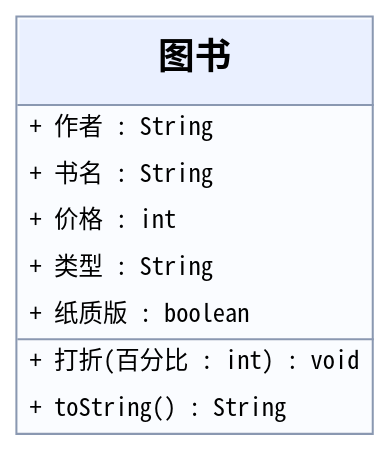
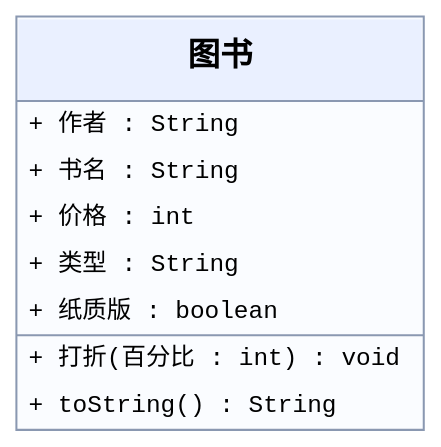
One commit to edetroll/java-oop changed the diagram in content/chapters/02-osztalyok/media/konyv-zh.dot. Above: the diagram before and after it, drawn with Graphviz. The commit also changed 38 other files, not shown here.

```diff
--- a/content/chapters/02-osztalyok/media/konyv-zh.dot
+++ b/content/chapters/02-osztalyok/media/konyv-zh.dot
@@ -1,1 +1,1 @@
-digraph G { graph [bgcolor="transparent",margin=0,pad=0.03]; node [shape=plain]; cl [label=<<TABLE BORDER="1" CELLBORDER="0" CELLSPACING="0" CELLPADDING="3" COLOR="#8a98b1" BGCOLOR="#fafcff"><TR><TD BGCOLOR="#eaf0ff" CELLPADDING="11"><FONT FACE="Noto Sans CJK SC" POINT-SIZE="18"><B>图书</B></FONT></TD></TR><HR/><TR><TD ALIGN="LEFT" BALIGN="LEFT" CELLPADDING="5"><FONT FACE="Noto Sans Mono CJK SC" POINT-SIZE="12">+ 作者 : String</FONT></TD></TR><TR><TD ALIGN="LEFT" BALIGN="LEFT" CELLPADDING="5"><FONT FACE="Noto Sans Mono CJK SC" POINT-SIZE="12">+ 书名 : String</FONT></TD></TR><TR><TD ALIGN="LEFT" BALIGN="LEFT" CELLPADDING="5"><FONT FACE="Noto Sans Mono CJK SC" POINT-SIZE="12">+ 价格 : int</FONT></TD></TR><TR><TD ALIGN="LEFT" BALIGN="LEFT" CELLPADDING="5"><FONT FACE="Noto Sans Mono CJK SC" POINT-SIZE="12">+ 类型 : String</FONT></TD></TR><TR><TD ALIGN="LEFT" BALIGN="LEFT" CELLPADDING="5"><FONT FACE="Noto Sans Mono CJK SC" POINT-SIZE="12">+ 纸质版 : boolean</FONT></TD></TR><HR/><TR><TD ALIGN="LEFT" BALIGN="LEFT" CELLPADDING="5"><FONT FACE="Noto Sans Mono CJK SC" POINT-SIZE="12">+ 打折(百分比 : int) : void</FONT></TD></TR><TR><TD ALIGN="LEFT" BALIGN="LEFT" CELLPADDING="5"><FONT FACE="Noto Sans Mono CJK SC" POINT-SIZE="12">+ toString() : String</FONT></TD></TR></TABLE>>]; }
+digraph G { graph [bgcolor="transparent",margin=0,pad=0.03]; node [fontname="Liberation Mono",fontsize=12,shape=plain]; cl [label=<<TABLE BORDER="1" CELLBORDER="0" CELLSPACING="0" CELLPADDING="3" COLOR="#8a98b1" BGCOLOR="#fafcff"><TR><TD BGCOLOR="#eaf0ff" CELLPADDING="11"><FONT FACE="Liberation Mono" POINT-SIZE="16"><B>图书</B></FONT></TD></TR><HR/><TR><TD ALIGN="LEFT" BALIGN="LEFT" CELLPADDING="5"><FONT FACE="Liberation Mono" POINT-SIZE="12">+ 作者 : String</FONT></TD></TR><TR><TD ALIGN="LEFT" BALIGN="LEFT" CELLPADDING="5"><FONT FACE="Liberation Mono" POINT-SIZE="12">+ 书名 : String</FONT></TD></TR><TR><TD ALIGN="LEFT" BALIGN="LEFT" CELLPADDING="5"><FONT FACE="Liberation Mono" POINT-SIZE="12">+ 价格 : int</FONT></TD></TR><TR><TD ALIGN="LEFT" BALIGN="LEFT" CELLPADDING="5"><FONT FACE="Liberation Mono" POINT-SIZE="12">+ 类型 : String</FONT></TD></TR><TR><TD ALIGN="LEFT" BALIGN="LEFT" CELLPADDING="5"><FONT FACE="Liberation Mono" POINT-SIZE="12">+ 纸质版 : boolean</FONT></TD></TR><HR/><TR><TD ALIGN="LEFT" BALIGN="LEFT" CELLPADDING="5"><FONT FACE="Liberation Mono" POINT-SIZE="12">+ 打折(百分比 : int) : void</FONT></TD></TR><TR><TD ALIGN="LEFT" BALIGN="LEFT" CELLPADDING="5"><FONT FACE="Liberation Mono" POINT-SIZE="12">+ toString() : String</FONT></TD></TR></TABLE>>]; }
```
